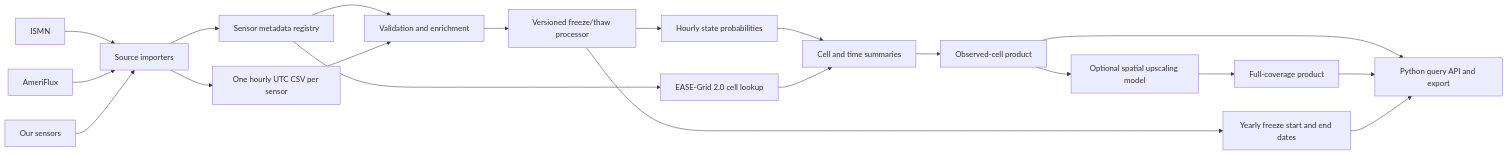
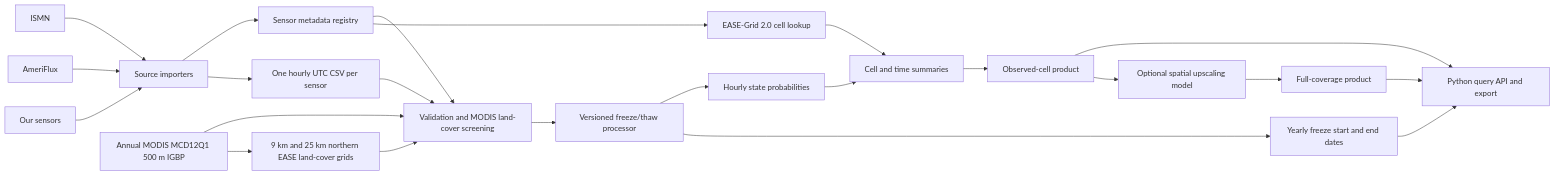
The diagram in WORKFLOW.md (hesam-salmabadi/sfcc-label), drawn with Mermaid before and after one commit. The commit also changed other lines of this file and 13 other files, not shown here.

Commit message:
Add annual MODIS land-cover representativeness gate

````diff
--- a/WORKFLOW.md
+++ b/WORKFLOW.md
@@ -5,22 +5,25 @@
 ```mermaid
 flowchart LR
     A[ISMN] --> D[Source importers]
     B[AmeriFlux] --> D
     C[Our sensors] --> D
     D --> E[Sensor metadata registry]
     D --> F[One hourly UTC CSV per sensor]
-    E --> G[Validation and enrichment]
+    E --> G[Validation and MODIS land-cover screening]
     F --> G
+    Q[Annual MODIS MCD12Q1 500 m IGBP] --> G
+    Q --> R[9 km and 25 km northern EASE land-cover grids]
+    R --> G
     G --> H[Versioned freeze/thaw processor]
     H --> I[Hourly state probabilities]
     H --> J[Yearly freeze start and end dates]
     E --> K[EASE-Grid 2.0 cell lookup]
     I --> L[Cell and time summaries]
     K --> L
     L --> M[Observed-cell product]
     M --> O[Python query API and export]
     N[Optional spatial upscaling model] --> P[Full-coverage product]
     M --> N
     P --> O
     J --> O
 ```
````
